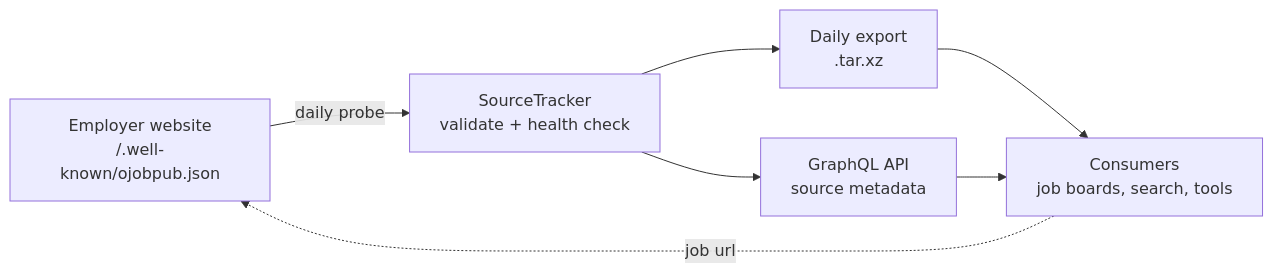
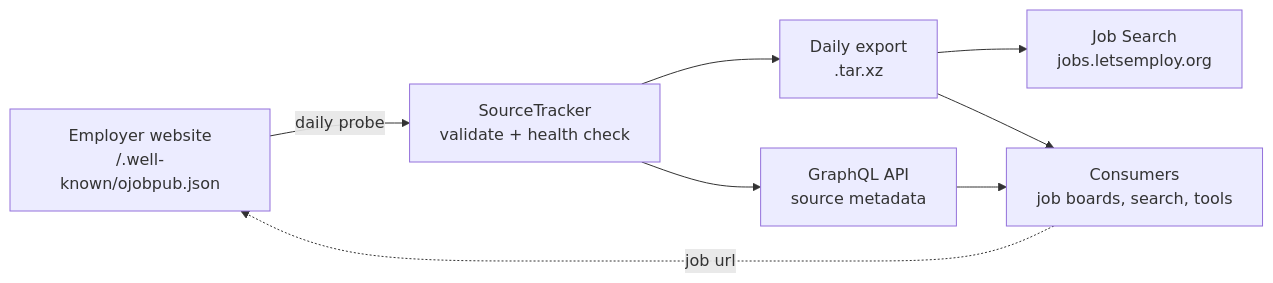
The diagram in docs/index.md (letsemploy/docs), drawn with Mermaid before and after one commit. The commit also changed other lines of this file and 25 other files, not shown here.

Commit message:
switch to uv, document sourcetracker 1.0, validator api and job search, apply website look

````diff
--- a/docs/index.md
+++ b/docs/index.md
@@ -15,9 +15,10 @@
 ```mermaid
 flowchart LR
   P["Employer website<br>/.well-known/ojobpub.json"] -- "daily probe" --> S["SourceTracker<br>validate + health check"]
   S --> E["Daily export<br>.tar.xz"]
   S --> G["GraphQL API<br>source metadata"]
+  E --> J["Job Search<br>jobs.letsemploy.org"]
   E --> C["Consumers<br>job boards, search, tools"]
   G --> C
   C -. "job url" .-> P
 ```
````
